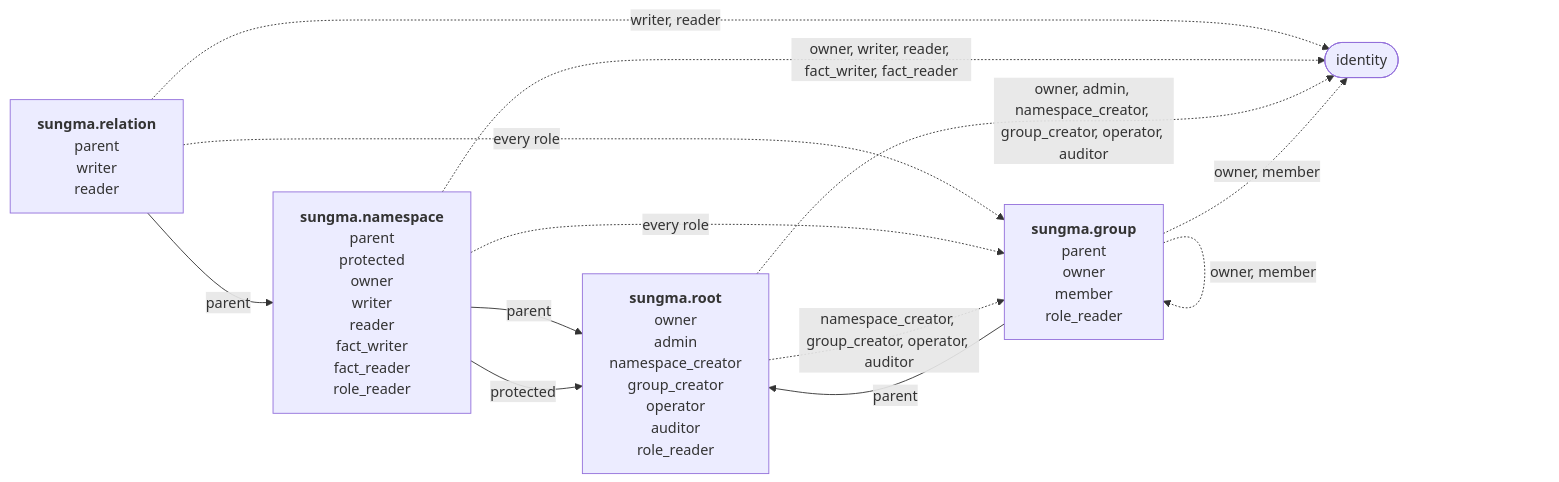
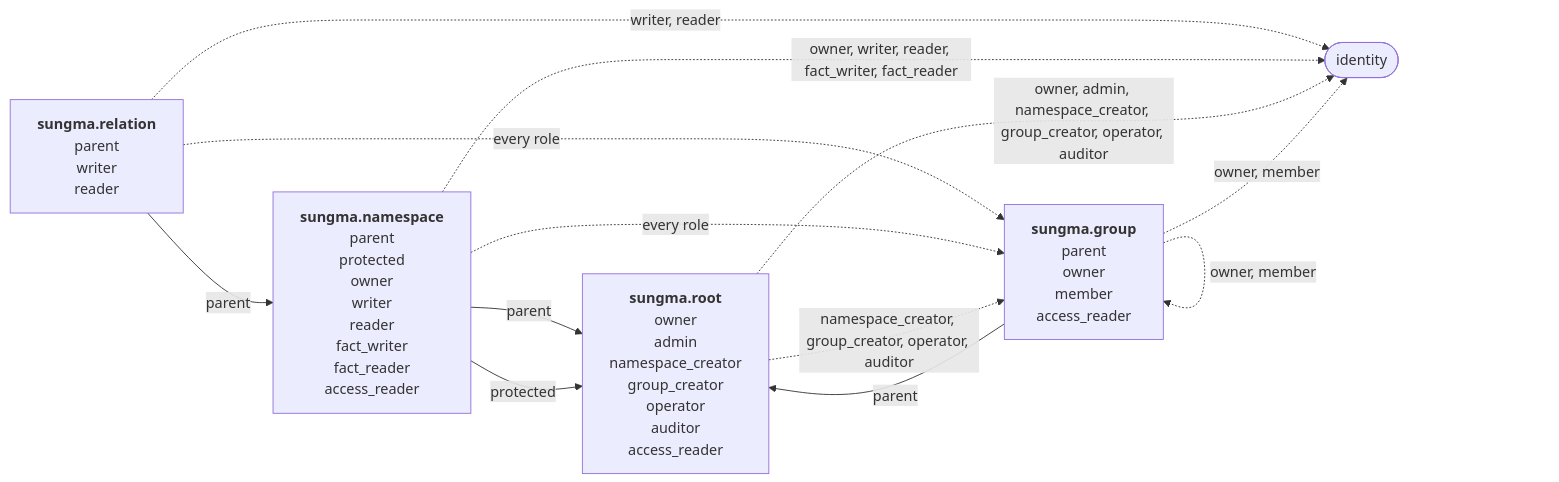
Before and after one commit to marklauter/Sungma: the diagram in docs/specs/sungma-authorization.md, drawn with Mermaid. The commit also changed other lines of this file, not shown here.

First line of the commit message:
Rename role_reader to access_reader, and let it expand Sungma's own relations

````diff
--- a/docs/specs/sungma-authorization.md
+++ b/docs/specs/sungma-authorization.md
@@ -145,20 +145,20 @@
 ```mermaid
 flowchart LR
   relation["<b>sungma.relation</b><br/>parent<br/>writer<br/>reader"]
-  namespace["<b>sungma.namespace</b><br/>parent<br/>protected<br/>owner<br/>writer<br/>reader<br/>fact_writer<br/>fact_reader<br/>role_reader"]
-  root["<b>sungma.root</b><br/>owner<br/>admin<br/>namespace_creator<br/>group_creator<br/>operator<br/>auditor<br/>role_reader"]
-  group["<b>sungma.group</b><br/>parent<br/>owner<br/>member<br/>role_reader"]
+  namespace["<b>sungma.namespace</b><br/>parent<br/>protected<br/>owner<br/>writer<br/>reader<br/>fact_writer<br/>fact_reader<br/>access_reader"]
+  root["<b>sungma.root</b><br/>owner<br/>admin<br/>namespace_creator<br/>group_creator<br/>operator<br/>auditor<br/>access_reader"]
+  group["<b>sungma.group</b><br/>parent<br/>owner<br/>member<br/>access_reader"]
   identity(["identity"])
   relation -- parent --> namespace
   namespace -- parent --> root
   namespace -- protected --> root
   group -- parent --> root
   relation -. "writer, reader" .-> identity
   namespace -. "owner, writer, reader, fact_writer, fact_reader" .-> identity
   root -. "owner, admin, namespace_creator, group_creator, operator, auditor" .-> identity
   group -. "owner, member" .-> identity
   relation -. "every role" .-> group
   namespace -. "every role" .-> group
   root -. "namespace_creator, group_creator, operator, auditor" .-> group
   group -. "owner, member" .-> group
 ```
````
